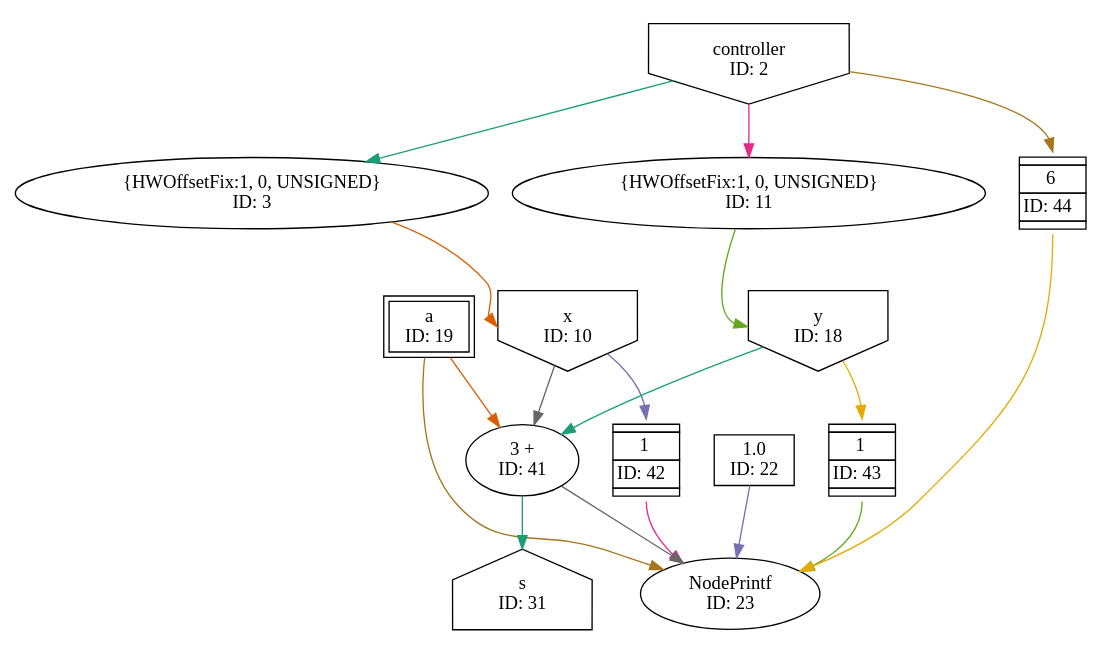
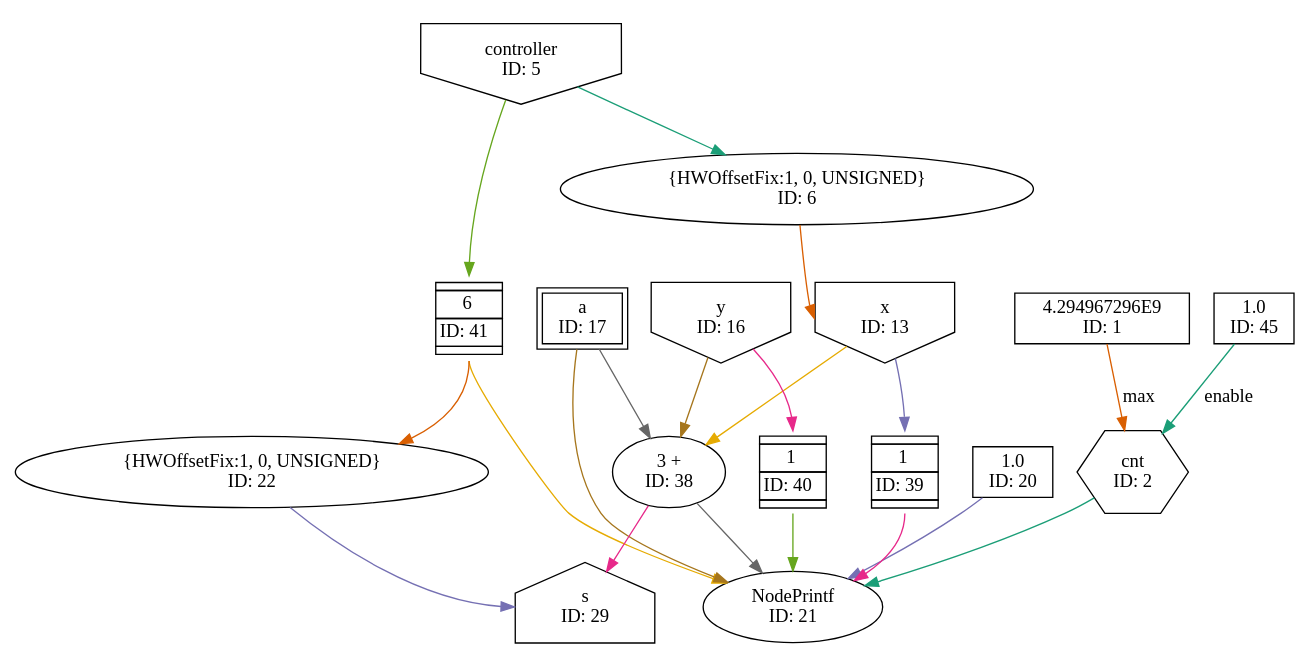
One commit to 3nric000/MaxelerRTM changed the diagram in RTMQueue/RunRules/Simulation/maxfiles/Queue_VECTIS_DFE_SIM/scratch/QueueKernel_final.dot. Above: the diagram before and after it, drawn with Graphviz. The commit also changed 70 other files, not shown here.

```diff
--- a/RTMQueue/RunRules/Simulation/maxfiles/Queue_VECTIS_DFE_SIM/scratch/QueueKernel_final.dot
+++ b/RTMQueue/RunRules/Simulation/maxfiles/Queue_VECTIS_DFE_SIM/scratch/QueueKernel_final.dot
@@ -1,32 +1,38 @@
 digraph QueueKernel_final{
-	NodeConstantRawBits22 [shape=box, label="1.0\nID: 22"];
-	NodeInput2 [shape=invhouse, label="controller\nID: 2"];
-	NodeCast3 [label="{HWOffsetFix:1, 0, UNSIGNED}\nID: 3"];
-	NodeInput10 [shape=invhouse, label="x\nID: 10"];
-	NodeFIFO42 [shape=plaintext, label=<<TABLE BORDER="0" CELLSPACING="0" CELLBORDER="1"> <TR><TD></TD></TR><TR><TD>1</TD></TR><TR><TD>ID: 42</TD></TR> <TR><TD></TD></TR> </TABLE>>];
-	NodeCast11 [label="{HWOffsetFix:1, 0, UNSIGNED}\nID: 11"];
-	NodeInput18 [shape=invhouse, label="y\nID: 18"];
-	NodeFIFO43 [shape=plaintext, label=<<TABLE BORDER="0" CELLSPACING="0" CELLBORDER="1"> <TR><TD></TD></TR><TR><TD>1</TD></TR><TR><TD>ID: 43</TD></TR> <TR><TD></TD></TR> </TABLE>>];
-	NodeFIFO44 [shape=plaintext, label=<<TABLE BORDER="0" CELLSPACING="0" CELLBORDER="1"> <TR><TD></TD></TR><TR><TD>6</TD></TR><TR><TD>ID: 44</TD></TR> <TR><TD></TD></TR> </TABLE>>];
-	NodeInputMappedReg19 [shape=box, peripheries=2, label="a\nID: 19"];
-	NodeTriAdd41 [label="3 +\nID: 41"];
-	NodePrintf23 [label="NodePrintf\nID: 23"];
-	NodeOutput31 [shape=house, label="s\nID: 31"];
-	NodeInput2 -> NodeCast3[color="/dark28/1" photon_data="EDGE,SrcNode:2,SrcNodePort:data"];
-	NodeCast3 -> NodeInput10[headport="w" color="/dark28/2" ];
-	NodeInput10 -> NodeFIFO42[headport="n" color="/dark28/3" photon_data="EDGE,SrcNode:10,SrcNodePort:data"];
-	NodeInput2 -> NodeCast11[color="/dark28/4" photon_data="EDGE,SrcNode:2,SrcNodePort:data"];
-	NodeCast11 -> NodeInput18[headport="w" color="/dark28/5" ];
-	NodeInput18 -> NodeFIFO43[headport="n" color="/dark28/6" photon_data="EDGE,SrcNode:18,SrcNodePort:data"];
-	NodeInput2 -> NodeFIFO44[headport="n" color="/dark28/7" photon_data="EDGE,SrcNode:2,SrcNodePort:data"];
-	NodeInput10 -> NodeTriAdd41[color="/dark28/8" photon_data="EDGE,SrcNode:10,SrcNodePort:data"];
-	NodeInput18 -> NodeTriAdd41[color="/dark28/1" photon_data="EDGE,SrcNode:18,SrcNodePort:data"];
-	NodeInputMappedReg19 -> NodeTriAdd41[color="/dark28/2" photon_data="EDGE,SrcNode:19,SrcNodePort:a"];
-	NodeConstantRawBits22 -> NodePrintf23[color="/dark28/3" photon_data="EDGE,SrcNode:22,SrcNodePort:value"];
-	NodeFIFO42 -> NodePrintf23[tailport="s" color="/dark28/4" photon_data="EDGE,SrcNode:42,SrcNodePort:output"];
-	NodeFIFO43 -> NodePrintf23[tailport="s" color="/dark28/5" photon_data="EDGE,SrcNode:43,SrcNodePort:output"];
-	NodeFIFO44 -> NodePrintf23[tailport="s" color="/dark28/6" photon_data="EDGE,SrcNode:44,SrcNodePort:output"];
-	NodeInputMappedReg19 -> NodePrintf23[color="/dark28/7" photon_data="EDGE,SrcNode:19,SrcNodePort:a"];
-	NodeTriAdd41 -> NodePrintf23[color="/dark28/8" photon_data="EDGE,SrcNode:41,SrcNodePort:result"];
-	NodeTriAdd41 -> NodeOutput31[color="/dark28/1" photon_data="EDGE,SrcNode:41,SrcNodePort:result"];
+	NodeConstantRawBits20 [shape=box, label="1.0\nID: 20"];
+	NodeInput5 [shape=invhouse, label="controller\nID: 5"];
+	NodeCast6 [label="{HWOffsetFix:1, 0, UNSIGNED}\nID: 6"];
+	NodeInput13 [shape=invhouse, label="x\nID: 13"];
+	NodeFIFO39 [shape=plaintext, label=<<TABLE BORDER="0" CELLSPACING="0" CELLBORDER="1"> <TR><TD></TD></TR><TR><TD>1</TD></TR><TR><TD>ID: 39</TD></TR> <TR><TD></TD></TR> </TABLE>>];
+	NodeInput16 [shape=invhouse, label="y\nID: 16"];
+	NodeFIFO40 [shape=plaintext, label=<<TABLE BORDER="0" CELLSPACING="0" CELLBORDER="1"> <TR><TD></TD></TR><TR><TD>1</TD></TR><TR><TD>ID: 40</TD></TR> <TR><TD></TD></TR> </TABLE>>];
+	NodeFIFO41 [shape=plaintext, label=<<TABLE BORDER="0" CELLSPACING="0" CELLBORDER="1"> <TR><TD></TD></TR><TR><TD>6</TD></TR><TR><TD>ID: 41</TD></TR> <TR><TD></TD></TR> </TABLE>>];
+	NodeInputMappedReg17 [shape=box, peripheries=2, label="a\nID: 17"];
+	NodeTriAdd38 [label="3 +\nID: 38"];
+	NodeConstantRawBits45 [shape=box, label="1.0\nID: 45"];
+	NodeConstantRawBits1 [shape=box, label="4.294967296E9\nID: 1"];
+	NodeCounterV12 [shape=hexagon, label="cnt\nID: 2"];
+	NodePrintf21 [label="NodePrintf\nID: 21"];
+	NodeCast22 [label="{HWOffsetFix:1, 0, UNSIGNED}\nID: 22"];
+	NodeOutput29 [shape=house, label="s\nID: 29"];
+	NodeInput5 -> NodeCast6[color="/dark28/1" photon_data="EDGE,SrcNode:5,SrcNodePort:data"];
+	NodeCast6 -> NodeInput13[headport="w" color="/dark28/2" ];
+	NodeInput13 -> NodeFIFO39[headport="n" color="/dark28/3" photon_data="EDGE,SrcNode:13,SrcNodePort:data"];
+	NodeInput16 -> NodeFIFO40[headport="n" color="/dark28/4" photon_data="EDGE,SrcNode:16,SrcNodePort:data"];
+	NodeInput5 -> NodeFIFO41[headport="n" color="/dark28/5" photon_data="EDGE,SrcNode:5,SrcNodePort:data"];
+	NodeInput13 -> NodeTriAdd38[color="/dark28/6" photon_data="EDGE,SrcNode:13,SrcNodePort:data"];
+	NodeInput16 -> NodeTriAdd38[color="/dark28/7" photon_data="EDGE,SrcNode:16,SrcNodePort:data"];
+	NodeInputMappedReg17 -> NodeTriAdd38[color="/dark28/8" photon_data="EDGE,SrcNode:17,SrcNodePort:a"];
+	NodeConstantRawBits45 -> NodeCounterV12[label="enable" color="/dark28/1" photon_data="EDGE,SrcNode:45,SrcNodePort:value"];
+	NodeConstantRawBits1 -> NodeCounterV12[label="max" color="/dark28/2" photon_data="EDGE,SrcNode:1,SrcNodePort:value"];
+	NodeConstantRawBits20 -> NodePrintf21[color="/dark28/3" photon_data="EDGE,SrcNode:20,SrcNodePort:value"];
+	NodeFIFO39 -> NodePrintf21[tailport="s" color="/dark28/4" photon_data="EDGE,SrcNode:39,SrcNodePort:output"];
+	NodeFIFO40 -> NodePrintf21[tailport="s" color="/dark28/5" photon_data="EDGE,SrcNode:40,SrcNodePort:output"];
+	NodeFIFO41 -> NodePrintf21[tailport="s" color="/dark28/6" photon_data="EDGE,SrcNode:41,SrcNodePort:output"];
+	NodeInputMappedReg17 -> NodePrintf21[color="/dark28/7" photon_data="EDGE,SrcNode:17,SrcNodePort:a"];
+	NodeTriAdd38 -> NodePrintf21[color="/dark28/8" photon_data="EDGE,SrcNode:38,SrcNodePort:result"];
+	NodeCounterV12 -> NodePrintf21[color="/dark28/1" photon_data="EDGE,SrcNode:2,SrcNodePort:count"];
+	NodeFIFO41 -> NodeCast22[tailport="s" color="/dark28/2" photon_data="EDGE,SrcNode:41,SrcNodePort:output"];
+	NodeCast22 -> NodeOutput29[headport="w" color="/dark28/3" ];
+	NodeTriAdd38 -> NodeOutput29[color="/dark28/4" photon_data="EDGE,SrcNode:38,SrcNodePort:result"];
 }
```
